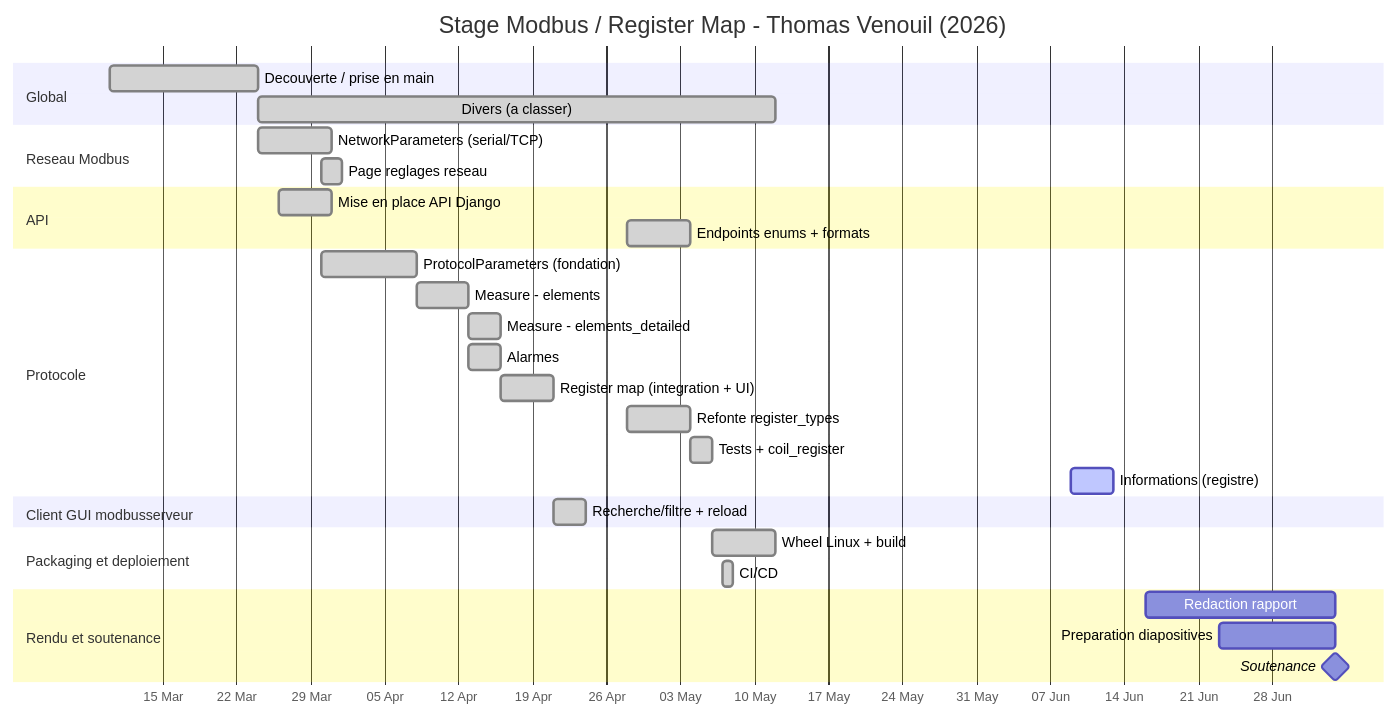
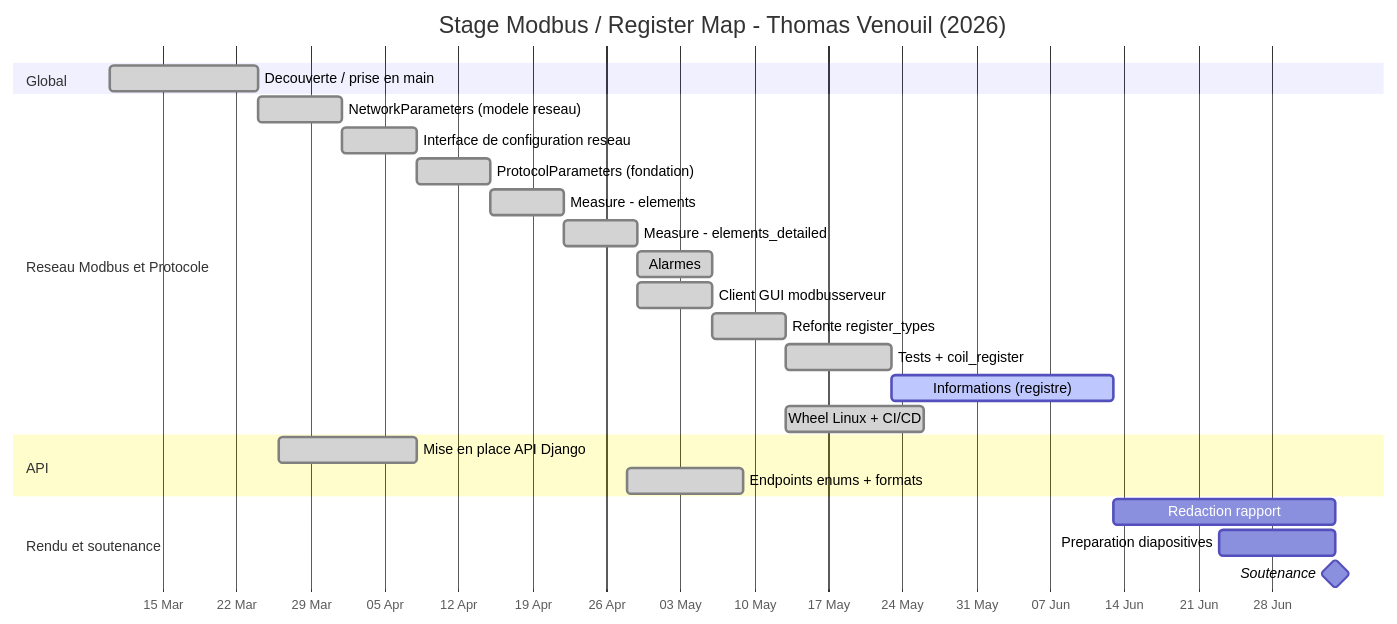
One commit to thomas26215/Obsidian changed the diagram in Sans titre 4.md. Above: the diagram before and after it, drawn with Mermaid. The commit also changed 1 other file, not shown here.

````diff
--- a/Sans titre 4.md
+++ b/Sans titre 4.md
@@ -1,41 +1,32 @@
 ```mermaid
 gantt
     title Stage Modbus / Register Map - Thomas Venouil (2026)
     dateFormat  YYYY-MM-DD
     axisFormat  %d %b
 
     section Global
-    Decouverte / prise en main          :done,   g1, 2026-03-10, 2026-03-24
-    Divers (a classer)                  :done,   g2, 2026-03-24, 2026-05-12
+    Decouverte / prise en main              :done,   g1, 2026-03-10, 2026-03-24
 
-    section Reseau Modbus
-    NetworkParameters (serial/TCP)      :done,   n1, 2026-03-24, 2026-03-31
-    Page reglages reseau                :done,   n2, 2026-03-30, 2026-04-01
+    section Reseau Modbus et Protocole
+    NetworkParameters (modele reseau)       :done,   p1,  2026-03-24, 2026-04-01
+    Interface de configuration reseau       :done,   p2,  2026-04-01, 2026-04-08
+    ProtocolParameters (fondation)          :done,   p3,  2026-04-08, 2026-04-15
+    Measure - elements                      :done,   p4,  2026-04-15, 2026-04-22
+    Measure - elements_detailed             :done,   p5,  2026-04-22, 2026-04-29
+    Alarmes                                 :done,   p6,  2026-04-29, 2026-05-06
+    Client GUI modbusserveur                :done,   p7,  2026-04-29, 2026-05-06
+    Refonte register_types                  :done,   p8,  2026-05-06, 2026-05-13
+    Tests + coil_register                   :done,   p9,  2026-05-13, 2026-05-23
+    Informations (registre)                 :active, p10, 2026-05-23, 2026-06-13
+    Wheel Linux + CI/CD                      :done,   p11, 2026-05-13, 2026-05-26
 
     section API
-    Mise en place API Django            :done,   a1, 2026-03-26, 2026-03-31
-    Endpoints enums + formats           :done,   a2, 2026-04-28, 2026-05-04
-
-    section Protocole
-    ProtocolParameters (fondation)      :done,   p1, 2026-03-30, 2026-04-08
-    Measure - elements                  :done,   p2, 2026-04-08, 2026-04-13
-    Measure - elements_detailed         :done,   p3, 2026-04-13, 2026-04-16
-    Alarmes                             :done,   p4, 2026-04-13, 2026-04-16
-    Register map (integration + UI)     :done,   p5, 2026-04-16, 2026-04-21
-    Refonte register_types              :done,   p6, 2026-04-28, 2026-05-04
-    Tests + coil_register               :done,   p7, 2026-05-04, 2026-05-06
-    Informations (registre)             :active, p8, 2026-06-09, 2026-06-13
-
-    section Client GUI modbusserveur
-    Recherche/filtre + reload           :done,   c1, 2026-04-21, 2026-04-24
-
-    section Packaging et deploiement
-    Wheel Linux + build                 :done,   d1, 2026-05-06, 2026-05-12
-    CI/CD                               :done,   d2, 2026-05-07, 2026-05-08
+    Mise en place API Django                :done,   a1, 2026-03-26, 2026-04-08
+    Endpoints enums + formats               :done,   a2, 2026-04-28, 2026-05-09
 
     section Rendu et soutenance
-    Redaction rapport                   :        r1, 2026-06-16, 2026-07-04
-    Preparation diapositives            :        r2, 2026-06-23, 2026-07-04
-    Soutenance                          :milestone, r3, 2026-07-04, 0d
+    Redaction rapport                       :        r1, 2026-06-13, 2026-07-04
+    Preparation diapositives                :        r2, 2026-06-23, 2026-07-04
+    Soutenance                              :milestone, r3, 2026-07-04, 0d
 
 ```
````
